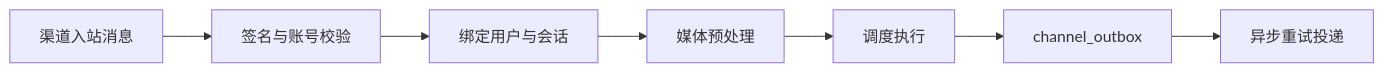
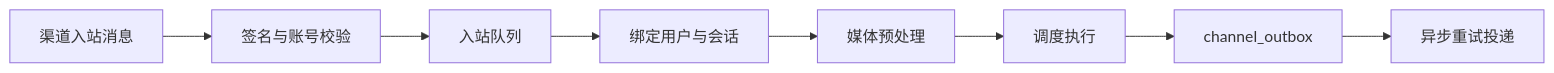
Before and after one commit to ylsdamxssjxxdd/wunder: the fourth of 9 diagrams in docs/系统介绍.md, drawn with Mermaid. The commit also changed other lines of this file and 34 other files, not shown here.

````diff
--- a/docs/系统介绍.md
+++ b/docs/系统介绍.md
@@ -183,9 +184,10 @@
 ```mermaid
 flowchart LR
   IN[渠道入站消息] --> VERIFY[签名与账号校验]
-  VERIFY --> MAP[绑定用户与会话]
+  VERIFY --> QUEUE[入站队列]
+  QUEUE --> MAP[绑定用户与会话]
   MAP --> MM[媒体预处理]
   MM --> RUN[调度执行]
   RUN --> OUT[channel_outbox]
   OUT --> RETRY[异步重试投递]
 ```
````
